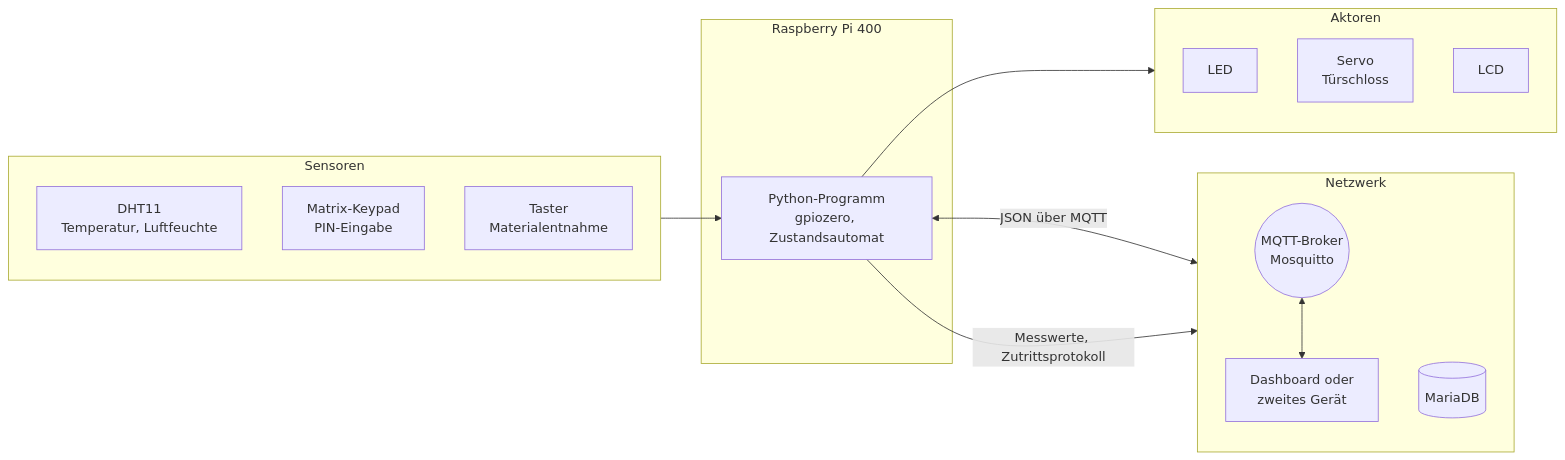
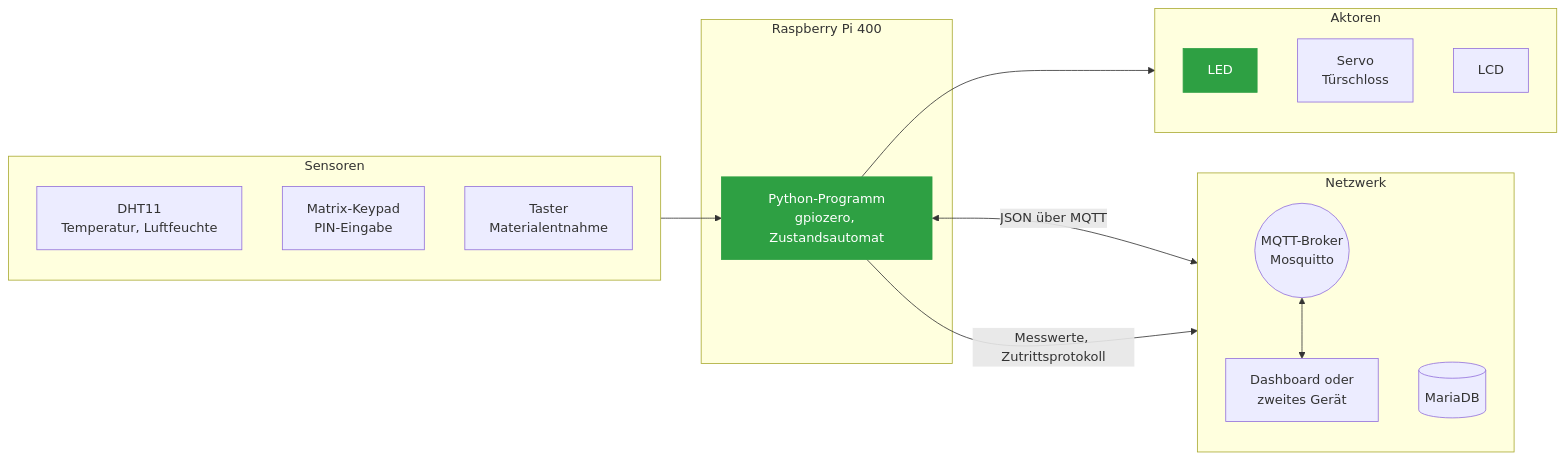
Before and after one commit to philmay1/lf07-cyber-physische-systeme: the first of 4 diagrams in README.de.md, drawn with Mermaid. The commit also changed other lines of this file and 1 other file, not shown here.

````diff
--- a/README.de.md
+++ b/README.de.md
@@ -70,33 +94,36 @@
 ```mermaid
 flowchart LR
     subgraph sensoren["Sensoren"]
         direction TB
         S1["DHT11<br>Temperatur, Luftfeuchte"]
         S2["Matrix-Keypad<br>PIN-Eingabe"]
         S3["Taster<br>Materialentnahme"]
     end
 
     subgraph pi["Raspberry Pi 400"]
         P["Python-Programm<br>gpiozero, Zustandsautomat"]
     end
 
     subgraph aktoren["Aktoren"]
         direction TB
         A1["LED"]
         A2["Servo<br>Türschloss"]
         A3["LCD"]
     end
 
     subgraph netz["Netzwerk"]
         direction TB
         B(("MQTT-Broker<br>Mosquitto"))
         C["Dashboard oder<br>zweites Gerät"]
         D[("MariaDB")]
     end
 
     sensoren --> P
     P --> aktoren
     P <-->|"JSON über MQTT"| B
     B <--> C
     P -->|"Messwerte, Zutrittsprotokoll"| D
+
+    classDef fertig fill:#2ea043,stroke:#2ea043,color:#fff
+    class A1,P fertig
 ```
````
